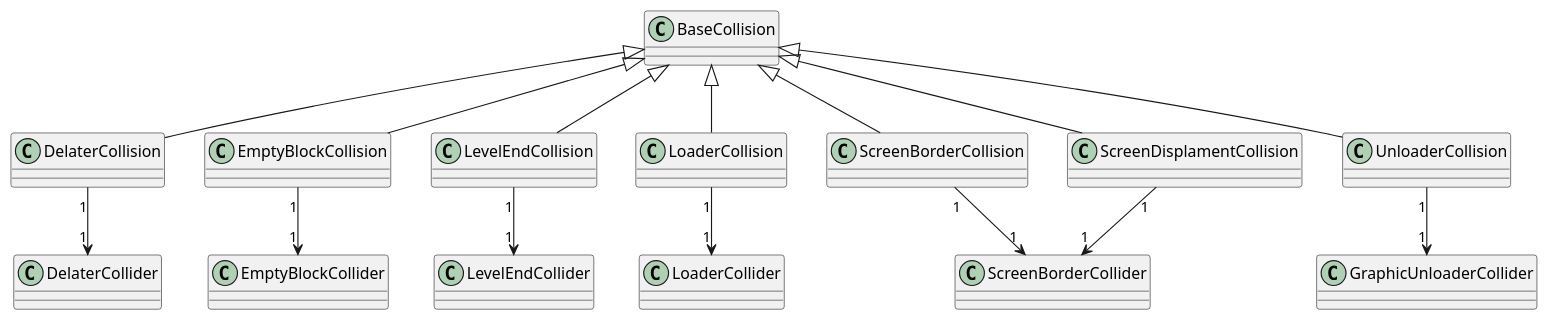
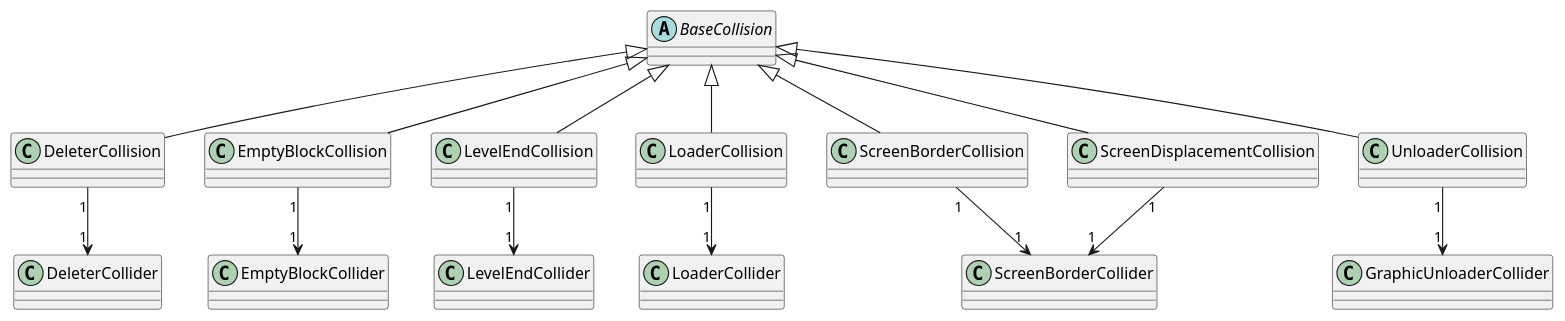
Before and after one commit to giuli635/SuperMarioBros: the diagram in Diagramas/diagramas/Reducido parcial/Collisions/Invisibles/Invisibles.puml, drawn with PlantUML. The commit also changed 24 other files, not shown here.

Commit message:
pequeña revisión del diagrama reducido

```diff
--- a/Diagramas/diagramas/Reducido parcial/Collisions/Invisibles/Invisibles.puml
+++ b/Diagramas/diagramas/Reducido parcial/Collisions/Invisibles/Invisibles.puml
@@ -1,24 +1,26 @@
 @startuml Invisibles
 
-DelaterCollision -u-|> BaseCollision
-DelaterCollision "1" --> "1" DelaterCollider
+abstract BaseCollision
+
+DeleterCollision -u-|> BaseCollision
+DeleterCollision "1" --> "1" DeleterCollider
 
 EmptyBlockCollision -u-|> BaseCollision
 EmptyBlockCollision "1" --> "1" EmptyBlockCollider
 
 LevelEndCollision -u-|> BaseCollision
 LevelEndCollision "1" --> "1" LevelEndCollider
 
 LoaderCollision -u-|> BaseCollision
 LoaderCollision "1" --> "1" LoaderCollider
 
 ScreenBorderCollision -u-|> BaseCollision
 ScreenBorderCollision "1" --> "1" ScreenBorderCollider
 
-ScreenDisplamentCollision -u-|> BaseCollision
-ScreenDisplamentCollision "1" --> "1" ScreenBorderCollider
+ScreenDisplacementCollision -u-|> BaseCollision
+ScreenDisplacementCollision "1" --> "1" ScreenBorderCollider
 
 UnloaderCollision -u-|> BaseCollision
 UnloaderCollision "1" --> "1" GraphicUnloaderCollider
 
 @enduml
```
